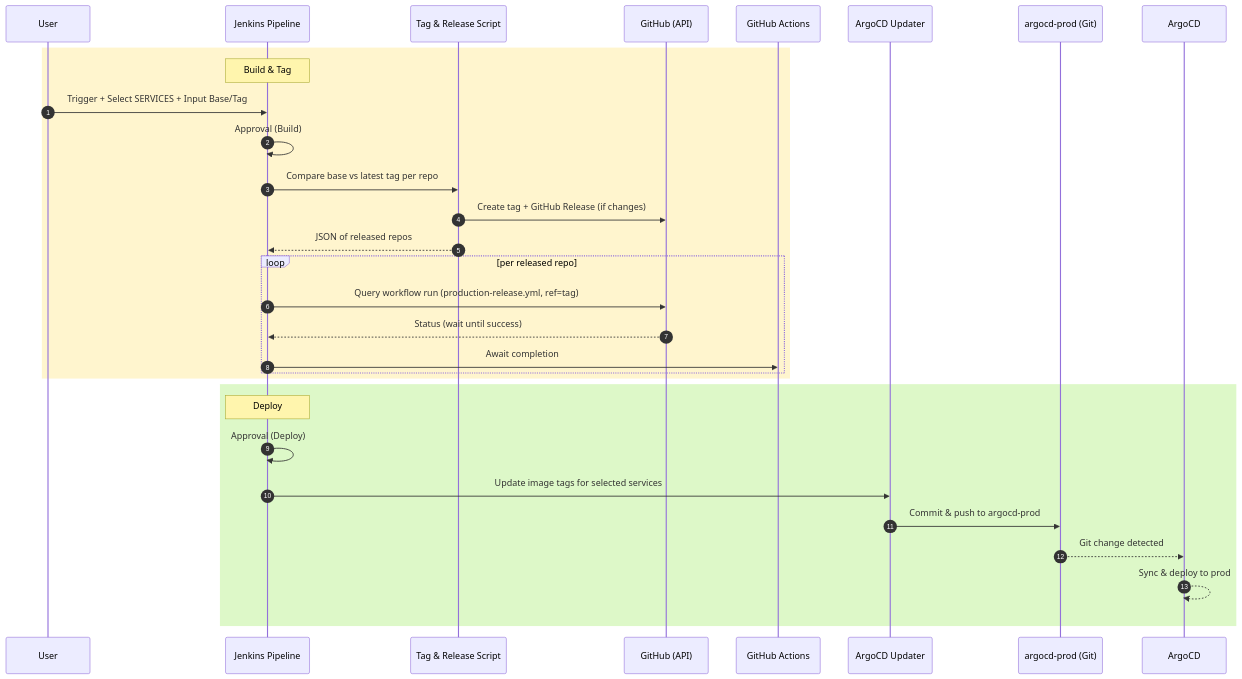
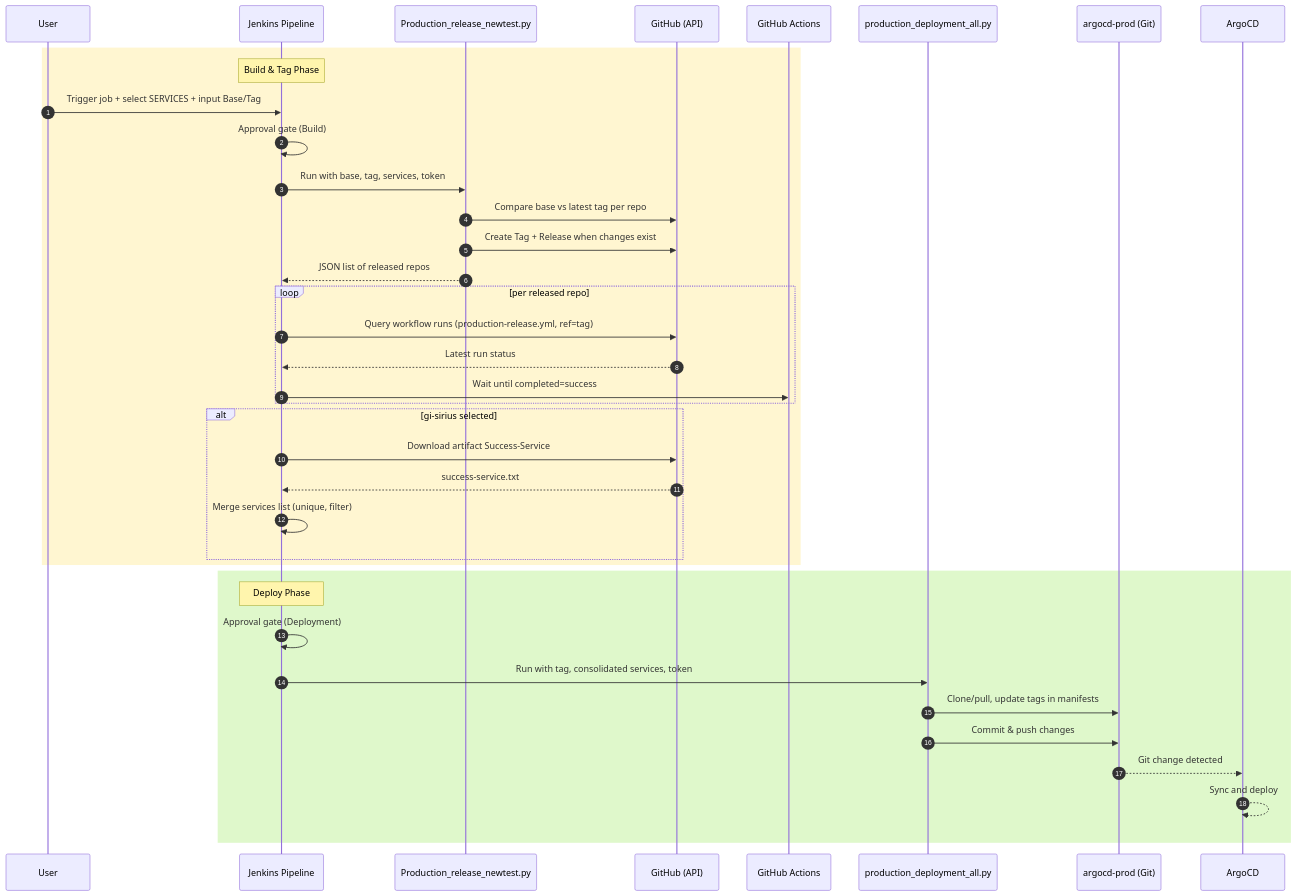
One commit to Uttamkumargupta000/Jenkins-CICD changed the diagram in README.md. Above: the diagram before and after it, drawn with Mermaid. The commit also changed other lines of this file, not shown here.

````diff
--- a/README.md
+++ b/README.md
@@ -7,35 +49,42 @@
 ```mermaid
 sequenceDiagram
   autonumber
   participant U as User
   participant J as Jenkins Pipeline
-  participant S1 as Tag & Release Script
+  participant S1 as Production_release_newtest.py
   participant GH as GitHub (API)
   participant GA as GitHub Actions
-  participant S2 as ArgoCD Updater
+  participant S2 as production_deployment_all.py
   participant AR as argocd-prod (Git)
   participant CD as ArgoCD
 
-  rect rgba(255,245,204,0.95)
-    note over J: Build & Tag
-    U->>J: Trigger + Select SERVICES + Input Base/Tag
-    J->>J: Approval (Build)
-    J->>S1: Compare base vs latest tag per repo
-    S1->>GH: Create tag + GitHub Release (if changes)
-    S1-->>J: JSON of released repos
+  rect rgba(255,245,204,0.9)
+    note over J: Build & Tag Phase
+    U->>J: Trigger job + select SERVICES + input Base/Tag
+    J->>J: Approval gate (Build)
+    J->>S1: Run with base, tag, services, token
+    S1->>GH: Compare base vs latest tag per repo
+    S1->>GH: Create Tag + Release when changes exist
+    S1-->>J: JSON list of released repos
     loop per released repo
-      J->>GH: Query workflow run (production-release.yml, ref=tag)
-      GH-->>J: Status (wait until success)
-      J->>GA: Await completion
+      J->>GH: Query workflow runs (production-release.yml, ref=tag)
+      GH-->>J: Latest run status
+      J->>GA: Wait until completed=success
+    end
+    alt gi-sirius selected
+      J->>GH: Download artifact Success-Service
+      GH-->>J: success-service.txt
+      J->>J: Merge services list (unique, filter)
     end
   end
 
-  rect rgba(220,248,198,0.95)
-    note over J: Deploy
-    J->>J: Approval (Deploy)
-    J->>S2: Update image tags for selected services
-    S2->>AR: Commit & push to argocd-prod
+  rect rgba(220,248,198,0.9)
+    note over J: Deploy Phase
+    J->>J: Approval gate (Deployment)
+    J->>S2: Run with tag, consolidated services, token
+    S2->>AR: Clone/pull, update tags in manifests
+    S2->>AR: Commit & push changes
     AR-->>CD: Git change detected
-    CD-->>CD: Sync & deploy to prod
+    CD-->>CD: Sync and deploy
   end
 ```
````
